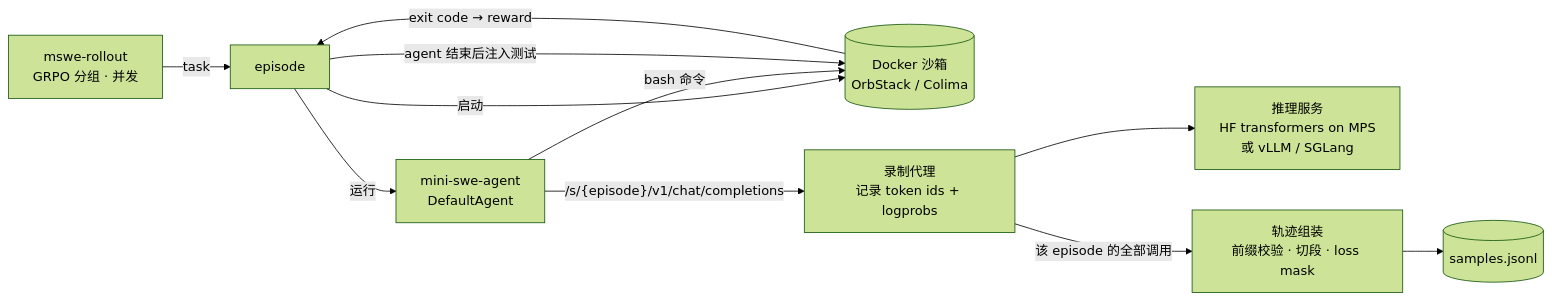
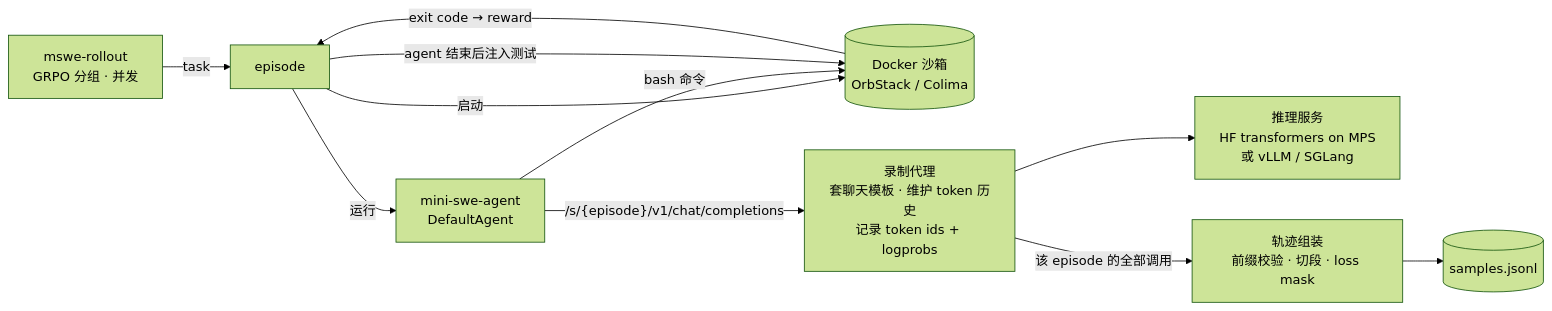
Before and after one commit to wurongpi/mswe-rl-env: the diagram in README.md, drawn with Mermaid (forest theme). The commit also changed other lines of this file and 2 other files, not shown here.

First line of the commit message:
docs: token-in, token-out in README and demo; transformers in the mlx extra

````diff
--- a/README.md
+++ b/README.md
@@ -39,13 +40,13 @@
 ```mermaid
 flowchart LR
     R[mswe-rollout<br/>GRPO 分组 · 并发] -->|task| E[episode]
     E -->|启动| S[(Docker 沙箱<br/>OrbStack / Colima)]
     E -->|运行| A[mini-swe-agent<br/>DefaultAgent]
     A -->|bash 命令| S
-    A -->|"/s/{episode}/v1/chat/completions"| P[录制代理<br/>记录 token ids + logprobs]
+    A -->|"/s/{episode}/v1/chat/completions"| P[录制代理<br/>套聊天模板 · 维护 token 历史<br/>记录 token ids + logprobs]
     P --> M[推理服务<br/>HF transformers on MPS<br/>或 vLLM / SGLang]
     E -->|agent 结束后注入测试| S
     S -->|exit code → reward| E
     P -->|该 episode 的全部调用| T[轨迹组装<br/>前缀校验 · 切段 · loss mask]
     T --> O[(samples.jsonl)]
 ```
````
